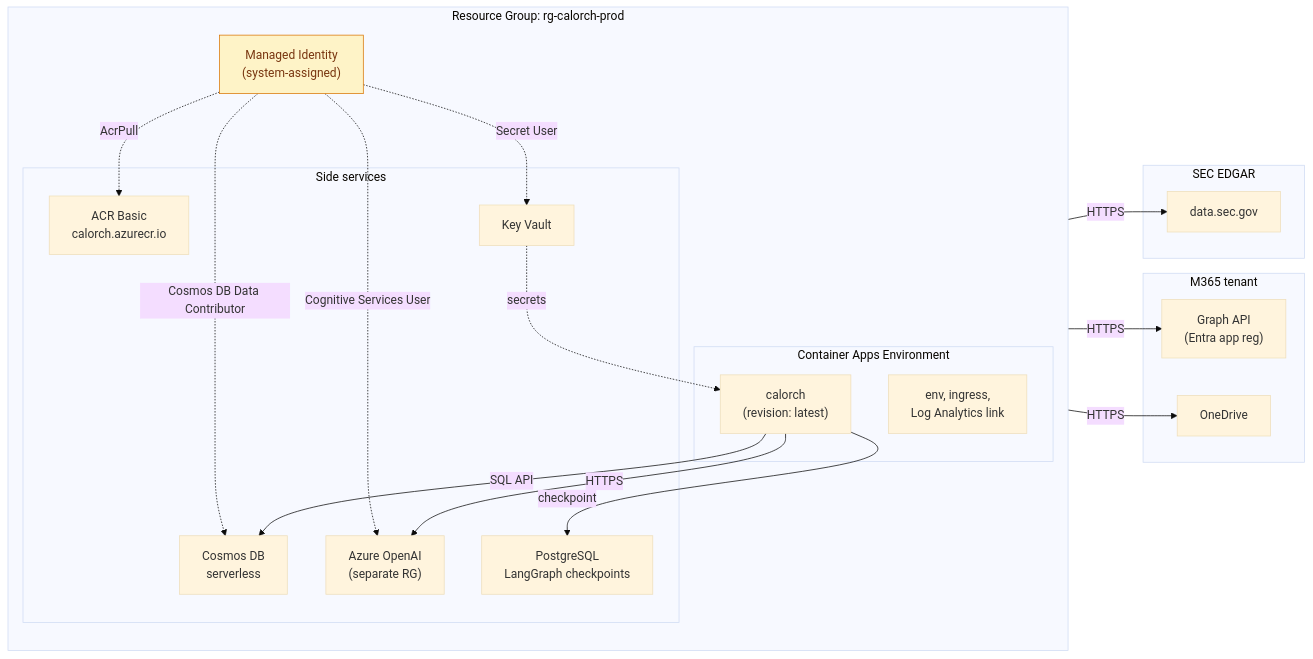
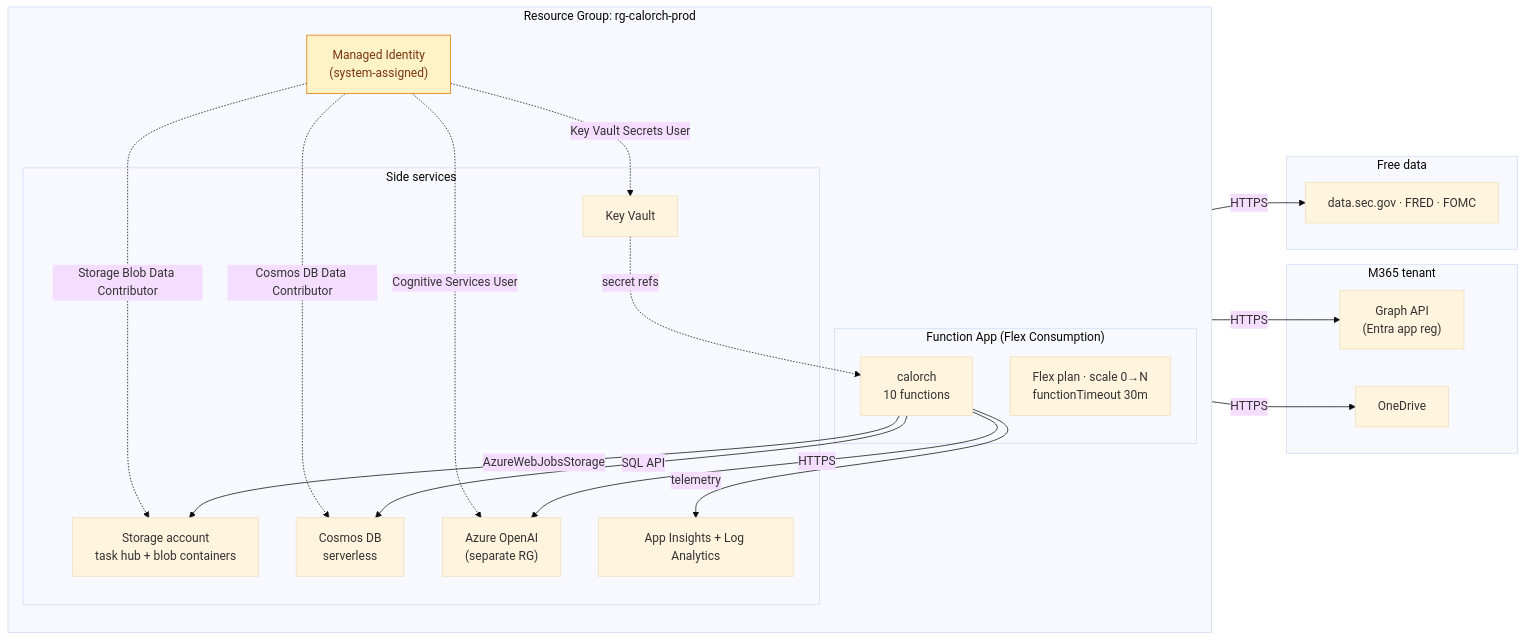
The fourth of 5 diagrams in docs/architecture.md (arun-8687/calorch), drawn with Mermaid (base theme) before and after one commit. The commit also changed other lines of this file and 5 other files, not shown here.

````diff
--- a/docs/architecture.md
+++ b/docs/architecture.md
@@ -263,42 +262,43 @@
 ```mermaid
 flowchart LR
     classDef rg fill:#EEF2FF,stroke:#4338CA,color:#312E81
     classDef role fill:#FEF3C7,stroke:#D97706,color:#78350F
 
     subgraph RG["Resource Group: rg-calorch-prod"]
         direction TB
         ID["Managed Identity<br/>(system-assigned)"]:::role
-        subgraph VNET["Container Apps Environment"]
-            ACA["calorch<br/>(revision: latest)"]
-            ACAENV["env, ingress,<br/>Log Analytics link"]
+        subgraph APP["Function App (Flex Consumption)"]
+            FUNC["calorch<br/>10 functions"]
+            PLAN["Flex plan · scale 0→N<br/>functionTimeout 30m"]
         end
         subgraph SIDECAR["Side services"]
-            ACR["ACR Basic<br/>calorch.azurecr.io"]
+            STG["Storage account<br/>task hub + blob containers"]
             COSMOS["Cosmos DB<br/>serverless"]
-            PG["PostgreSQL<br/>LangGraph checkpoints"]
             KV["Key Vault"]
+            AI["App Insights + Log Analytics"]
             OAI["Azure OpenAI<br/>(separate RG)"]
         end
     end
 
     subgraph M365["M365 tenant"]
         GRAPH["Graph API<br/>(Entra app reg)"]
         OD["OneDrive"]
     end
 
-    subgraph SEC["SEC EDGAR"]
-        EDGAR["data.sec.gov"]
+    subgraph DATA["Free data"]
+        EDGAR["data.sec.gov · FRED · FOMC"]
     end
 
-    ID -.->|AcrPull| ACR
+    ID -.->|Storage Blob Data Contributor| STG
     ID -.->|Cosmos DB Data Contributor| COSMOS
     ID -.->|Cognitive Services User| OAI
-    ID -.->|Secret User| KV
-    ACA -->|HTTPS| GRAPH
-    ACA -->|HTTPS| OD
-    ACA -->|HTTPS| EDGAR
-    ACA -->|HTTPS| OAI
-    ACA -->|SQL API| COSMOS
-    ACA -->|checkpoint| PG
-    KV -.->|secrets| ACA
+    ID -.->|Key Vault Secrets User| KV
+    FUNC -->|AzureWebJobsStorage| STG
+    FUNC -->|HTTPS| GRAPH
+    FUNC -->|HTTPS| OD
+    FUNC -->|HTTPS| EDGAR
+    FUNC -->|HTTPS| OAI
+    FUNC -->|SQL API| COSMOS
+    FUNC -->|telemetry| AI
+    KV -.->|secret refs| FUNC
 ```
````
